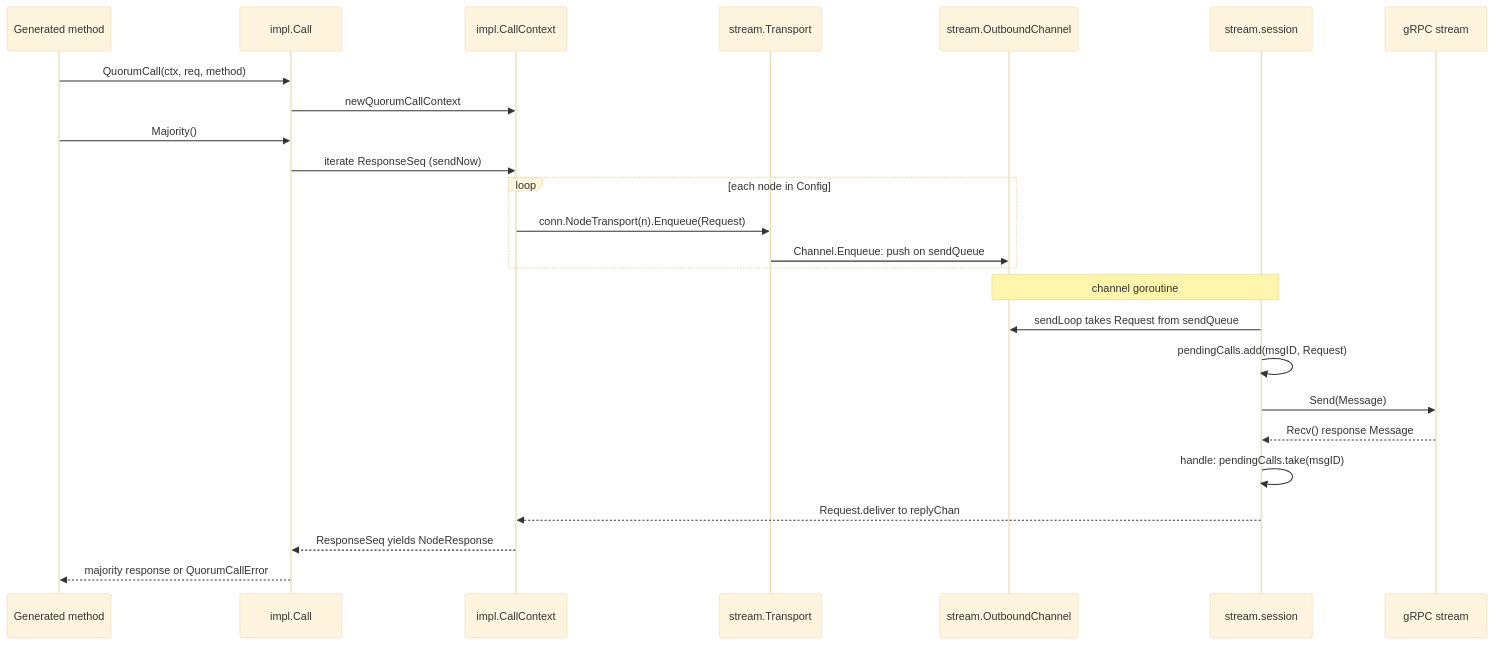
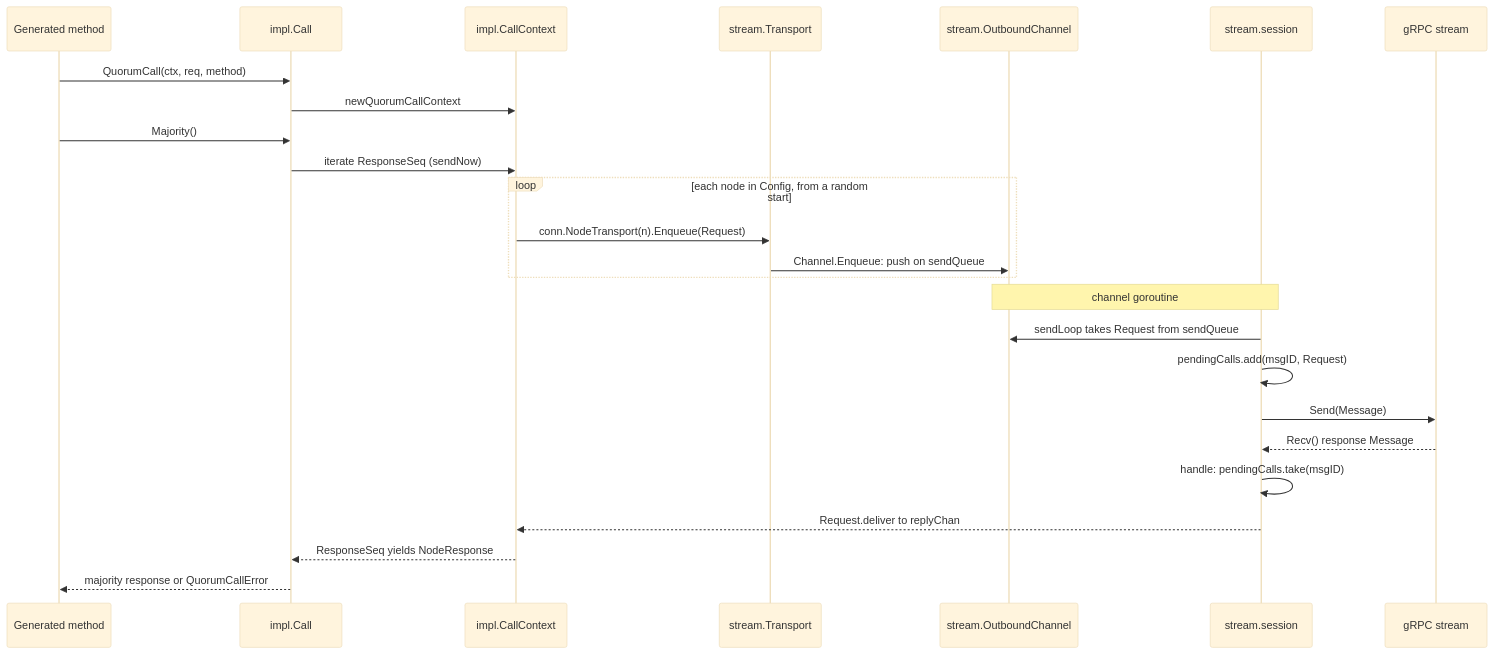
One commit to relab/gorums changed the sixth of 8 diagrams in doc/dev-guide.md. Above: the diagram before and after it, drawn with Mermaid (base theme). The commit also changed other lines of this file and 2 other files, not shown here.

Commit message:
internal/impl: start each call's fan-out at a random node
sendShared enqueued a call's request to the nodes in configuration
order, which is sorted by node ID. Every caller therefore reached the
highest-ID node last in every call. In dual stream mode that node
waits longest for its share of each call, and under load it fell
behind: in cluster benchmarks with 29 nodes and 32 workers per node,
the highest-ID node ran at 0.79 of the median node's throughput for
quorum calls, and the spread across nodes was twice as wide as
needed.

The fan-out now starts at a random node and wraps around, so each
node is reached last in about one call in N. Each node still receives
a caller's requests in call order, since only the order across nodes
changes. The cost is one rand.IntN per call.

TestCallContextSendSharedFanOutStart checks that every node receives
every call and that each node is visited first in some call.

On the cluster, the highest-ID node's relative throughput rose from
0.79-0.95 to 0.97-0.99 in dual mode, and the spread for quorum calls
halved. Total throughput and latency did not change measurably.

````diff
--- a/doc/dev-guide.md
+++ b/doc/dev-guide.md
@@ -397,28 +398,28 @@
 ```mermaid
 sequenceDiagram
     participant Gen as Generated method
     participant Call as impl.Call
     participant CC as impl.CallContext
     participant T as stream.Transport
     participant Ch as stream.OutboundChannel
     participant S as stream.session
     participant G as gRPC stream
 
     Gen->>Call: QuorumCall(ctx, req, method)
     Call->>CC: newQuorumCallContext
     Gen->>Call: Majority()
     Call->>CC: iterate ResponseSeq (sendNow)
-    loop each node in Config
+    loop each node in Config, from a random start
         CC->>T: conn.NodeTransport(n).Enqueue(Request)
         T->>Ch: Channel.Enqueue: push on sendQueue
     end
     Note over Ch,S: channel goroutine
     S->>Ch: sendLoop takes Request from sendQueue
     S->>S: pendingCalls.add(msgID, Request)
     S->>G: Send(Message)
     G-->>S: Recv() response Message
     S->>S: handle: pendingCalls.take(msgID)
     S-->>CC: Request.deliver to replyChan
     CC-->>Call: ResponseSeq yields NodeResponse
     Call-->>Gen: majority response or QuorumCallError
 ```
````
